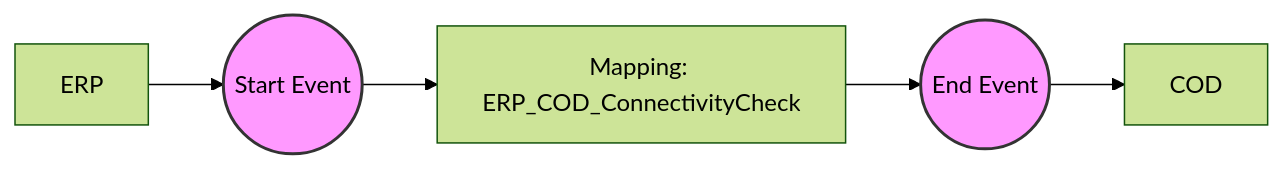
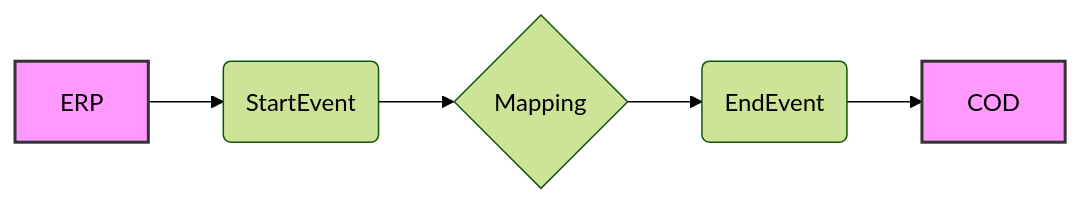
One commit to Avvale-IA-CICD/AvvaleCPI changed the diagram in MMZ - Cell Iflows/Check_Connectivity_from_SAP_Business_Suite_MMZ-1.0.3/readme.md. Above: the diagram before and after it, drawn with Mermaid (forest theme). The commit also changed other lines of this file, not shown here.

Commit message:
Add/update documentation for Check_Connectivity_from_SAP_Business_Suite_MMZ v1.0.3

````diff
--- a/MMZ - Cell Iflows/Check_Connectivity_from_SAP_Business_Suite_MMZ-1.0.3/readme.md
+++ b/MMZ - Cell Iflows/Check_Connectivity_from_SAP_Business_Suite_MMZ-1.0.3/readme.md
@@ -4,9 +4,9 @@
 ```mermaid
 graph LR
-    ERP[ERP] --> StartEvent((Start Event))
-    StartEvent --> Mapping[Mapping: ERP_COD_ConnectivityCheck]
-    Mapping --> EndEvent((End Event))
-    EndEvent --> COD[COD]
-    style StartEvent fill:#f9f,stroke:#333,stroke-width:2px
-    style EndEvent fill:#f9f,stroke:#333,stroke-width:2px
+    A[ERP] --> B(StartEvent);
+    B --> C{Mapping};
+    C --> D(EndEvent);
+    D --> E[COD];
+    style A fill:#f9f,stroke:#333,stroke-width:2px
+    style E fill:#f9f,stroke:#333,stroke-width:2px
 ```
````
